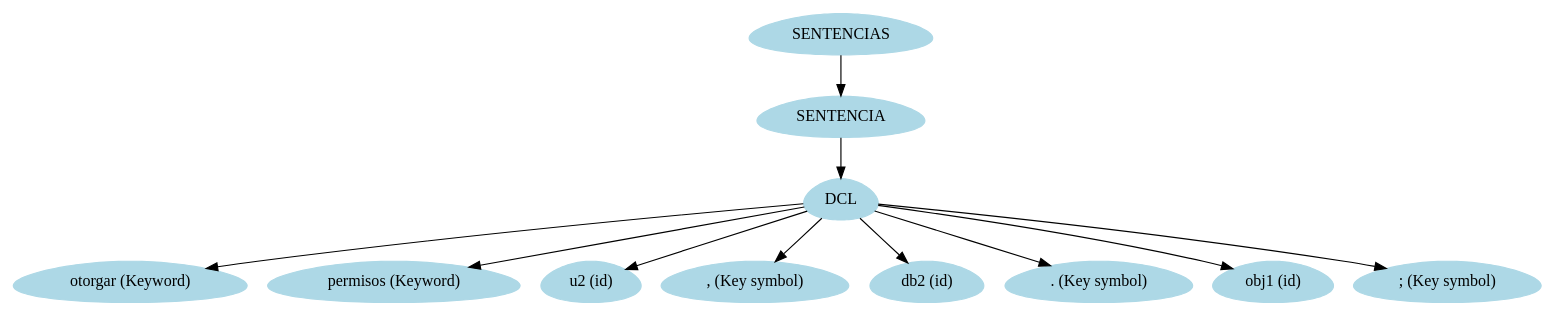
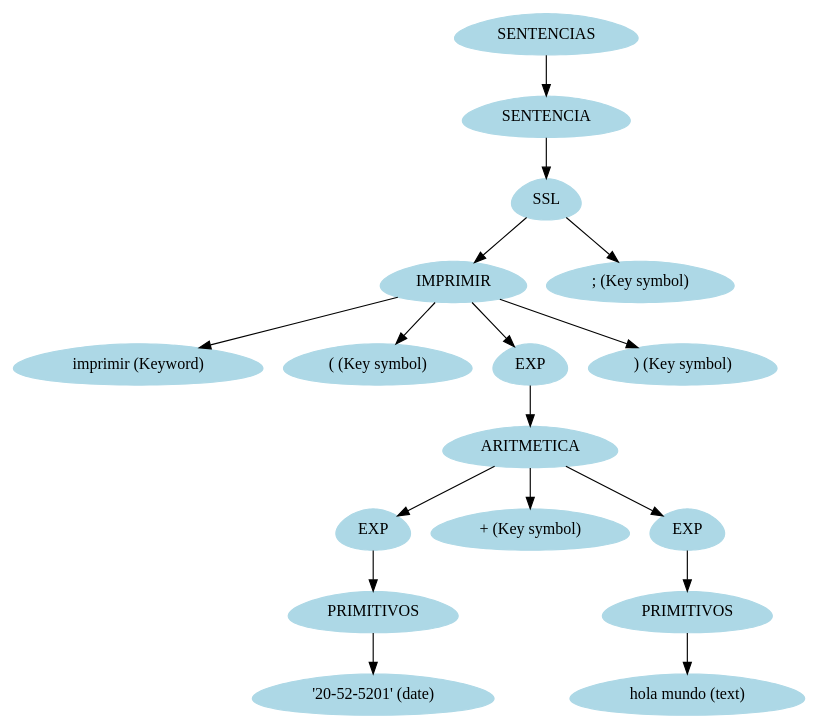
One commit to Losajhonny/FI-SQL changed the diagram in [OLC2]Proyecto1_201325583/ServidorDB/bin/Debug/arbolAst.dot. Above: the diagram before and after it, drawn with Graphviz. The commit also changed 13 other files, not shown here.

```diff
--- a/[OLC2]Proyecto1_201325583/ServidorDB/bin/Debug/arbolAst.dot
+++ b/[OLC2]Proyecto1_201325583/ServidorDB/bin/Debug/arbolAst.dot
@@ -1,24 +1,36 @@
 digraph grafo{
 node [shape = egg];
 4094363[label="SENTENCIAS", style = filled, color = lightblue];
 36849274[label="SENTENCIA", style = filled, color = lightblue];
 4094363->36849274;
-63208015[label="DCL", style = filled, color = lightblue];
+63208015[label="SSL", style = filled, color = lightblue];
 36849274->63208015;
-32001227[label="otorgar (Keyword)", style = filled, color = lightblue];
+32001227[label="IMPRIMIR", style = filled, color = lightblue];
 63208015->32001227;
-19575591[label="permisos (Keyword)", style = filled, color = lightblue];
-63208015->19575591;
-41962596[label="u2 (id)", style = filled, color = lightblue];
-63208015->41962596;
-42119052[label=", (Key symbol)", style = filled, color = lightblue];
-63208015->42119052;
-43527150[label="db2 (id)", style = filled, color = lightblue];
-63208015->43527150;
-56200037[label=". (Key symbol)", style = filled, color = lightblue];
-63208015->56200037;
-36038289[label="obj1 (id)", style = filled, color = lightblue];
-63208015->36038289;
-55909147[label="; (Key symbol)", style = filled, color = lightblue];
-63208015->55909147;
+19575591[label="imprimir (Keyword)", style = filled, color = lightblue];
+32001227->19575591;
+41962596[label="( (Key symbol)", style = filled, color = lightblue];
+32001227->41962596;
+42119052[label="EXP", style = filled, color = lightblue];
+32001227->42119052;
+43527150[label="ARITMETICA", style = filled, color = lightblue];
+42119052->43527150;
+56200037[label="EXP", style = filled, color = lightblue];
+43527150->56200037;
+36038289[label="PRIMITIVOS", style = filled, color = lightblue];
+56200037->36038289;
+55909147[label="'20-52-5201' (date)", style = filled, color = lightblue];
+36038289->55909147;
+33420276[label="+ (Key symbol)", style = filled, color = lightblue];
+43527150->33420276;
+32347029[label="EXP", style = filled, color = lightblue];
+43527150->32347029;
+22687807[label="PRIMITIVOS", style = filled, color = lightblue];
+32347029->22687807;
+2863675[label=" hola mundo (text)", style = filled, color = lightblue];
+22687807->2863675;
+25773083[label=") (Key symbol)", style = filled, color = lightblue];
+32001227->25773083;
+30631159[label="; (Key symbol)", style = filled, color = lightblue];
+63208015->30631159;
 }
```
